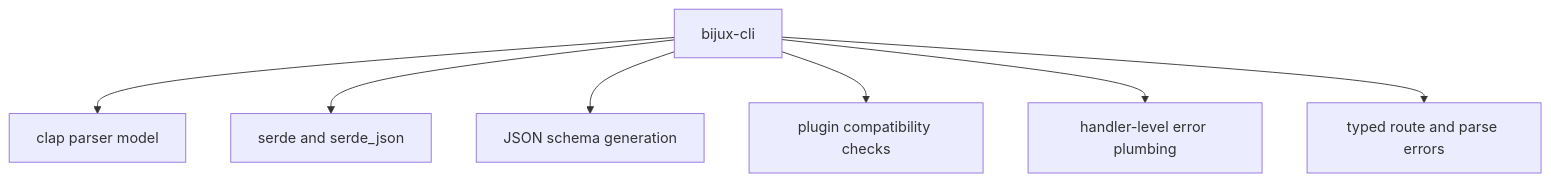
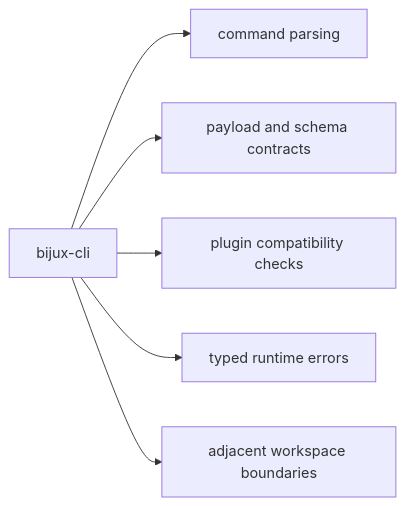
Before and after one commit to bijux/bijux-cli: the diagram in docs/bijux-cli/foundation/dependencies-and-adjacencies.md, drawn with Mermaid. The commit also changed other lines of this file, not shown here.

Commit message:
docs(cli-foundation): clarify dependencies and adjacencies

````diff
--- a/docs/bijux-cli/foundation/dependencies-and-adjacencies.md
+++ b/docs/bijux-cli/foundation/dependencies-and-adjacencies.md
@@ -18,9 +20,8 @@
 ```mermaid
-flowchart TD
-    cli["bijux-cli"] --> clap["clap parser model"]
-    cli --> serde["serde and serde_json"]
-    cli --> schemars["JSON schema generation"]
-    cli --> semver["plugin compatibility checks"]
-    cli --> anyhow["handler-level error plumbing"]
-    cli --> thiserror["typed route and parse errors"]
+flowchart LR
+    cli["bijux-cli"] --> parse["command parsing"]
+    cli --> payload["payload and schema contracts"]
+    cli --> plugin["plugin compatibility checks"]
+    cli --> errors["typed runtime errors"]
+    cli --> adjacent["adjacent workspace boundaries"]
 ```
````
